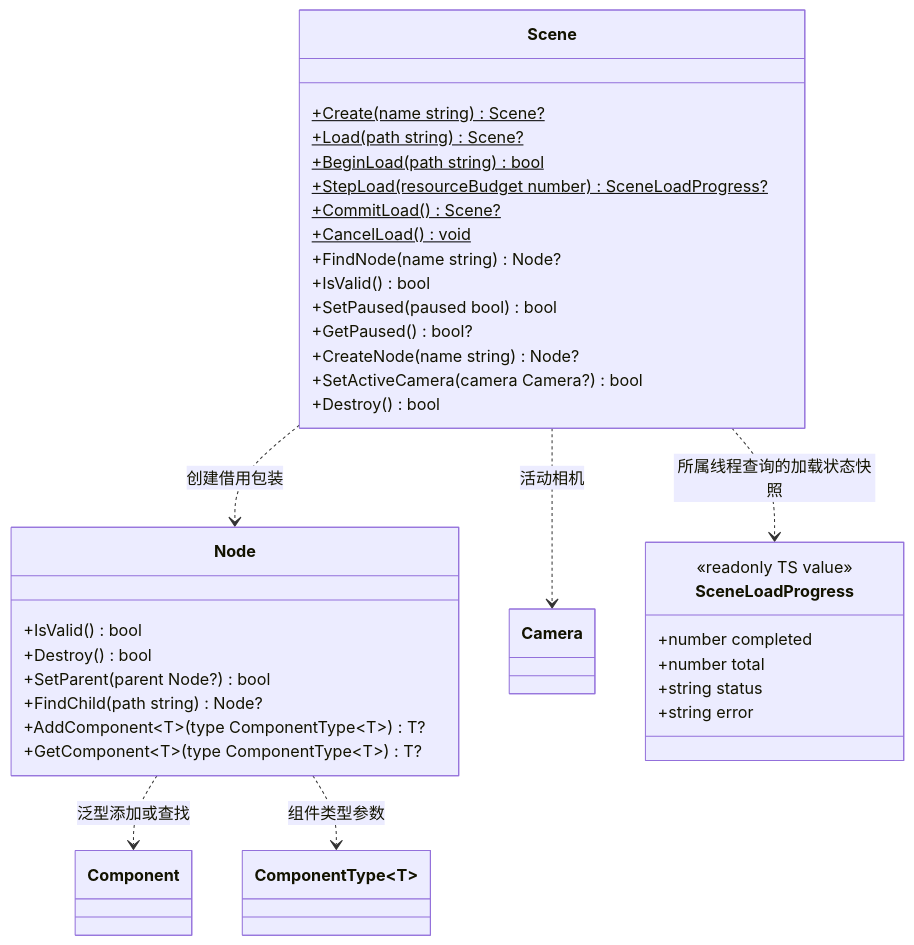
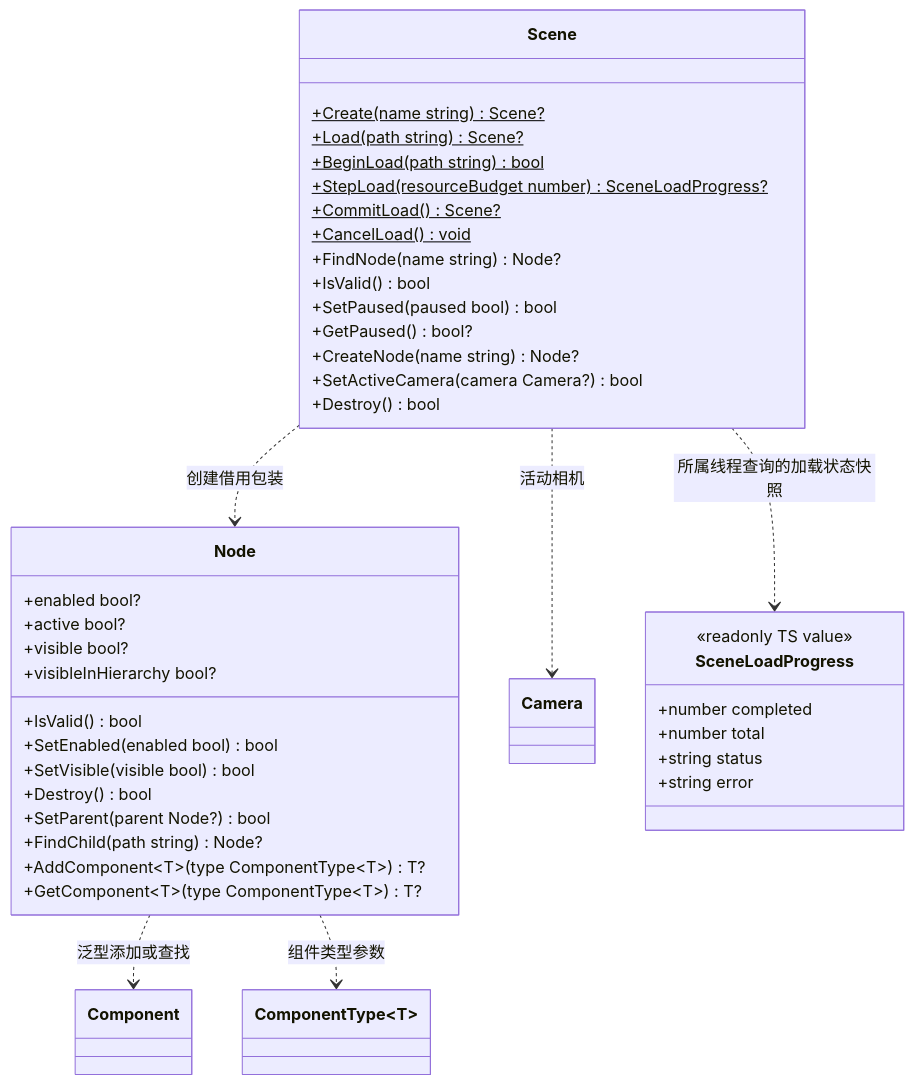
The second of 3 diagrams in docs/runtime/class-diagrams/gameplay.md (lcals/Engine), drawn with Mermaid before and after one commit. The commit also changed other lines of this file and 195 other files, not shown here.

````diff
--- a/docs/runtime/class-diagrams/gameplay.md
+++ b/docs/runtime/class-diagrams/gameplay.md
@@ -47,42 +47,48 @@
 ```mermaid
 classDiagram
     direction TB
     class Scene {
         +Create(name string) Scene?$
         +Load(path string) Scene?$
         +BeginLoad(path string) bool$
         +StepLoad(resourceBudget number) SceneLoadProgress?$
         +CommitLoad() Scene?$
         +CancelLoad() void$
         +FindNode(name string) Node?
         +IsValid() bool
         +SetPaused(paused bool) bool
         +GetPaused() bool?
         +CreateNode(name string) Node?
         +SetActiveCamera(camera Camera?) bool
         +Destroy() bool
     }
     class Node {
         +IsValid() bool
+        +SetEnabled(enabled bool) bool
+        +enabled bool?
+        +active bool?
+        +SetVisible(visible bool) bool
+        +visible bool?
+        +visibleInHierarchy bool?
         +Destroy() bool
         +SetParent(parent Node?) bool
         +FindChild(path string) Node?
         +AddComponent~T~(type ComponentType~T~) T?
         +GetComponent~T~(type ComponentType~T~) T?
     }
     class Component
     class ComponentType~T~
     class Camera
     class SceneLoadProgress {
         <<readonly TS value>>
         +number completed
         +number total
         +string status
         +string error
     }
     Scene ..> Node : 创建借用包装
     Scene ..> Camera : 活动相机
     Scene ..> SceneLoadProgress : 所属线程查询的加载状态快照
     Node ..> Component : 泛型添加或查找
     Node ..> ComponentType : 组件类型参数
 ```
````
